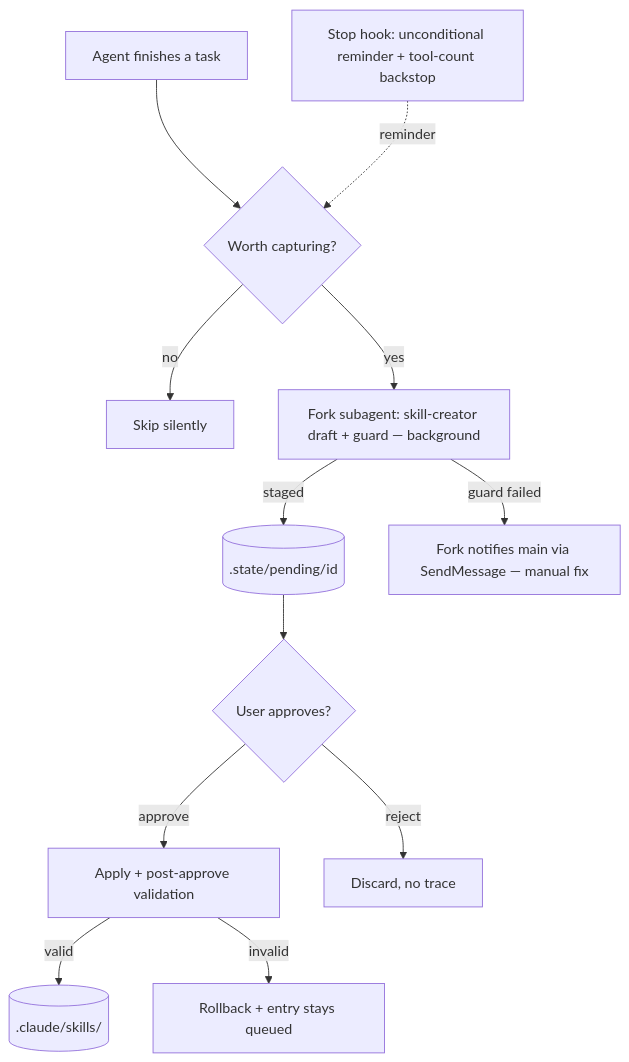
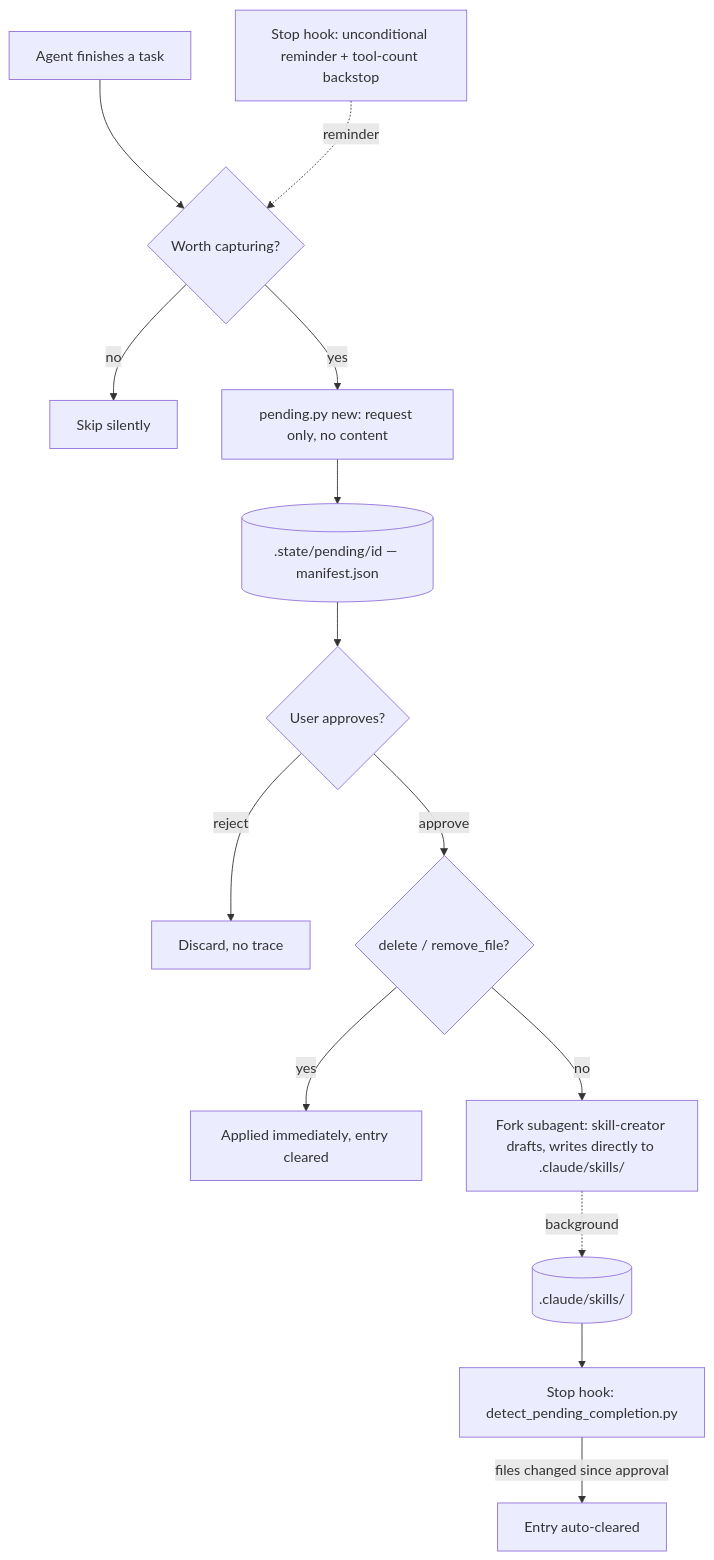
The diagram in README.md (wagner-sousa/autodidact), drawn with Mermaid before and after one commit. The commit also changed 5 other files, not shown here.

First line of the commit message:
Make pending queue request-only; content generation moves post-approve

````diff
--- a/README.md
+++ b/README.md
@@ -209,14 +209,16 @@
 ```mermaid
 graph TB
     Task[Agent finishes a task] --> Judge{Worth capturing?}
     Hook[Stop hook: unconditional reminder + tool-count backstop] -.reminder.-> Judge
     Judge -- no --> Skip[Skip silently]
-    Judge -- yes --> Fork[Fork subagent: skill-creator draft + guard — background]
-    Fork -- staged --> Queue[(.state/pending/id)]
-    Fork -- guard failed --> Fix[Fork notifies main via SendMessage — manual fix]
+    Judge -- yes --> Stage[pending.py new: request only, no content]
+    Stage --> Queue[(.state/pending/id — manifest.json)]
     Queue --> Review{User approves?}
-    Review -- approve --> Apply[Apply + post-approve validation]
-    Apply -- valid --> Skills[(.claude/skills/)]
-    Apply -- invalid --> Rollback[Rollback + entry stays queued]
     Review -- reject --> Discard[Discard, no trace]
+    Review -- approve --> Mechanical{delete / remove_file?}
+    Mechanical -- yes --> Applied[Applied immediately, entry cleared]
+    Mechanical -- no --> Fork[Fork subagent: skill-creator drafts, writes directly to .claude/skills/]
+    Fork -.background.-> Skills[(.claude/skills/)]
+    Skills --> Watch[Stop hook: detect_pending_completion.py]
+    Watch -- files changed since approval --> Cleared[Entry auto-cleared]
 ```
````
